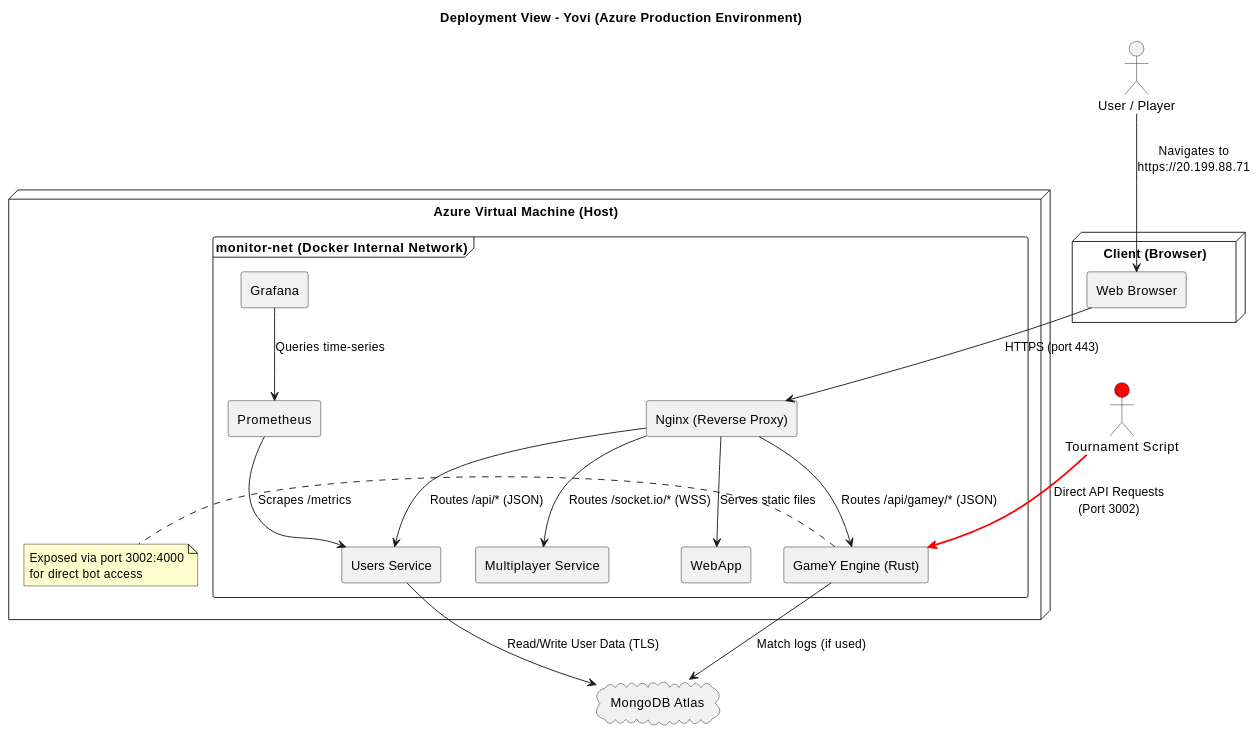
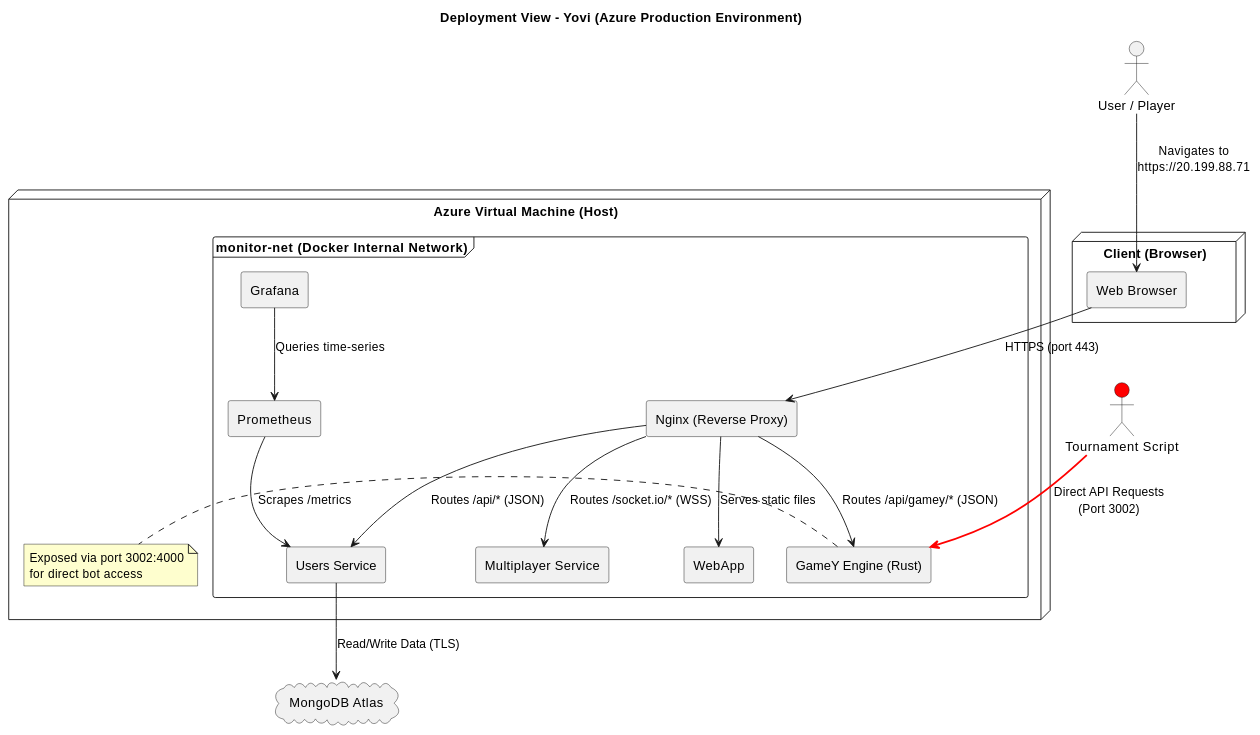
Before and after one commit to Arquisoft/yovi_es1a: the first of 6 diagrams in docs/src/07_deployment_view.adoc, drawn with PlantUML. The commit also changed other lines of this file and 4 other files, not shown here.

```diff
--- a/docs/src/07_deployment_view.adoc
+++ b/docs/src/07_deployment_view.adoc
@@ -63,52 +18,51 @@
 [plantuml]
 ----
 @startuml
 title Deployment View - Yovi (Azure Production Environment)
 
 skinparam shadowing false
 skinparam componentStyle rectangle
 skinparam NoteBackgroundColor #FEFECE
 
 actor "User / Player" as user
 actor "Tournament Script" as bot #Red
 
 node "Client (Browser)" as client {
     [Web Browser] as browser
 }
 
 node "Azure Virtual Machine (Host)" as host {
     
     frame "monitor-net (Docker Internal Network)" as net {
         [Nginx (Reverse Proxy)] as nginx
         [WebApp] as webapp
         [Users Service] as users
         [Multiplayer Service] as multi
         [GameY Engine (Rust)] as gamey
         [Prometheus] as prom
         [Grafana] as graf
     }
 
     note right of gamey
         Exposed via port 3002:4000
         for direct bot access
     end note
 }
 
 cloud "MongoDB Atlas" as mongo
 
 user --> browser : Navigates to\nhttps://20.199.88.71
 browser --> nginx : HTTPS (port 443)
 
 nginx --> webapp : Serves static files
 nginx --> users : Routes /api/* (JSON)
 nginx --> multi : Routes /socket.io/* (WSS)
 nginx --> gamey : Routes /api/gamey/* (JSON)
 
 bot -[#red,bold]-> gamey : Direct API Requests\n(Port 3002)
 
-users --> mongo : Read/Write User Data (TLS)
-gamey --> mongo : Match logs (if used)
+users --> mongo : Read/Write Data (TLS)
 prom --> users : Scrapes /metrics
 graf --> prom : Queries time-series
 @enduml
 ----
```
